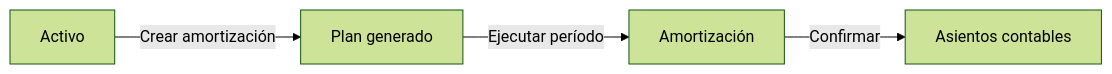
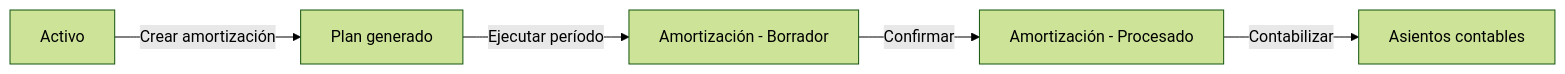
Before and after one commit to etendosoftware/etendo-go-docs: the diagram in docs/es/finanzas/activos/activos.md, drawn with Mermaid (forest theme). The commit also changed other lines of this file and 17 other files, not shown here.

````diff
--- a/docs/es/finanzas/activos/activos.md
+++ b/docs/es/finanzas/activos/activos.md
@@ -14,6 +14,7 @@
 ```mermaid
 flowchart LR
   A[Activo] -->|Crear amortización| B[Plan generado]
-  B -->|Ejecutar período| C[Amortización]
-  C -->|Confirmar| D[Asientos contables]
+  B -->|Ejecutar período| C[Amortización - Borrador]
+  C -->|Confirmar| D[Amortización - Procesado]
+  D -->|Contabilizar| E[Asientos contables]
 ```
````
